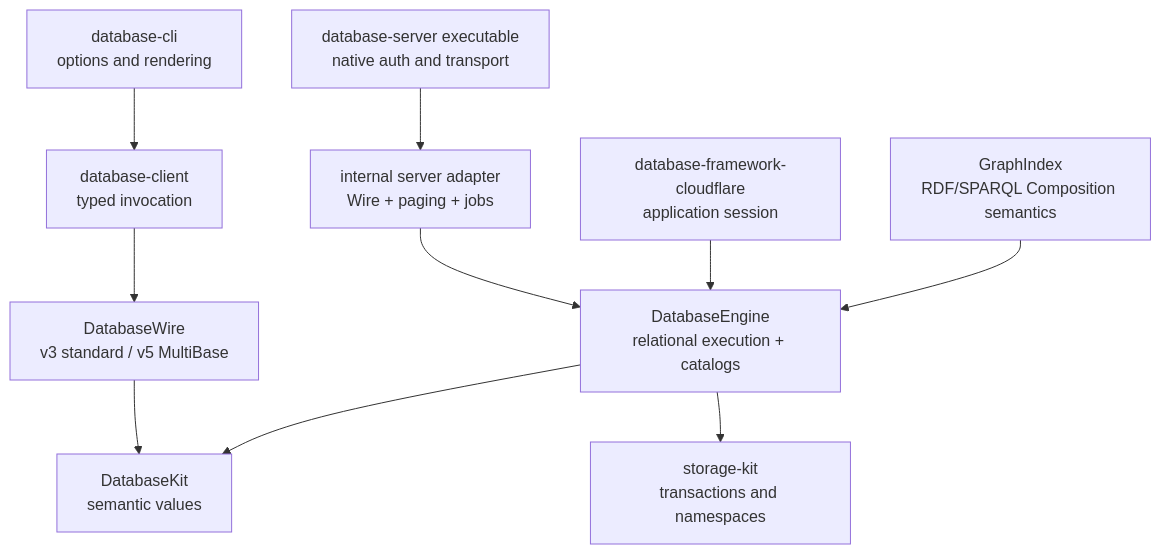
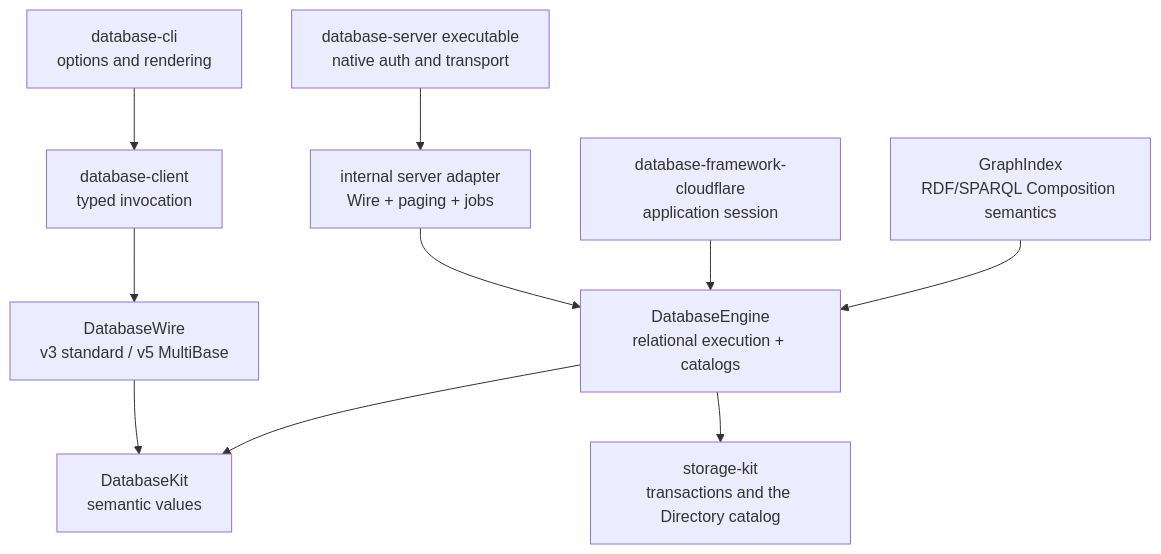
The second of 8 diagrams in docs/base-composition-implementation-design.md (1amageek/database-framework), drawn with Mermaid before and after one commit. The commit also changed other lines of this file and 4 other files, not shown here.

````diff
--- a/docs/base-composition-implementation-design.md
+++ b/docs/base-composition-implementation-design.md
@@ -230,13 +230,13 @@
 ```mermaid
 flowchart TB
     CLI["database-cli<br/>options and rendering"] --> Client["database-client<br/>typed invocation"]
     Client --> Wire["DatabaseWire<br/>v3 standard / v5 MultiBase"]
     Wire --> Kit["DatabaseKit<br/>semantic values"]
 
     NativeHost["database-server executable<br/>native auth and transport"] --> Server["internal server adapter<br/>Wire + paging + jobs"]
     Server --> Engine["DatabaseEngine<br/>relational execution + catalogs"]
     Cloudflare["database-framework-cloudflare<br/>application session"] --> Engine
     Graph["GraphIndex<br/>RDF/SPARQL Composition semantics"] --> Engine
     Engine --> Kit
-    Engine --> Storage["storage-kit<br/>transactions and namespaces"]
+    Engine --> Storage["storage-kit<br/>transactions and the Directory catalog"]
 ```
````
